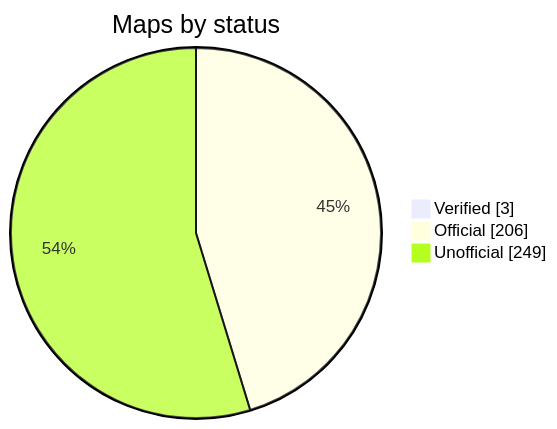
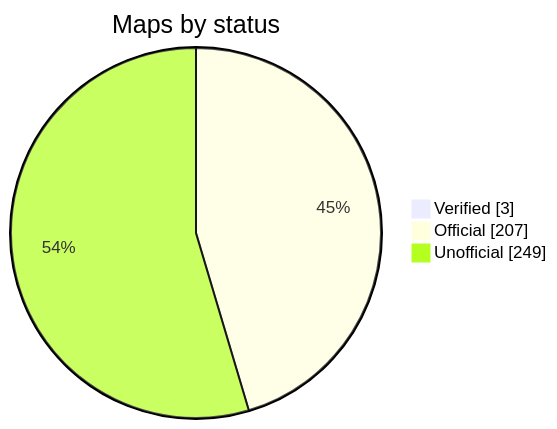
The diagram in README.md (nobrega8/mbmap-library), drawn with Mermaid before and after one commit. The commit also changed 2 other files, not shown here.

Commit message:
Add Toshiba TOSVERT VF-S15

````diff
--- a/README.md
+++ b/README.md
@@ -48,7 +48,7 @@
 ```mermaid
 pie showData
     title Maps by status
     "Verified" : 3
-    "Official" : 206
+    "Official" : 207
     "Unofficial" : 249
 ```
````
